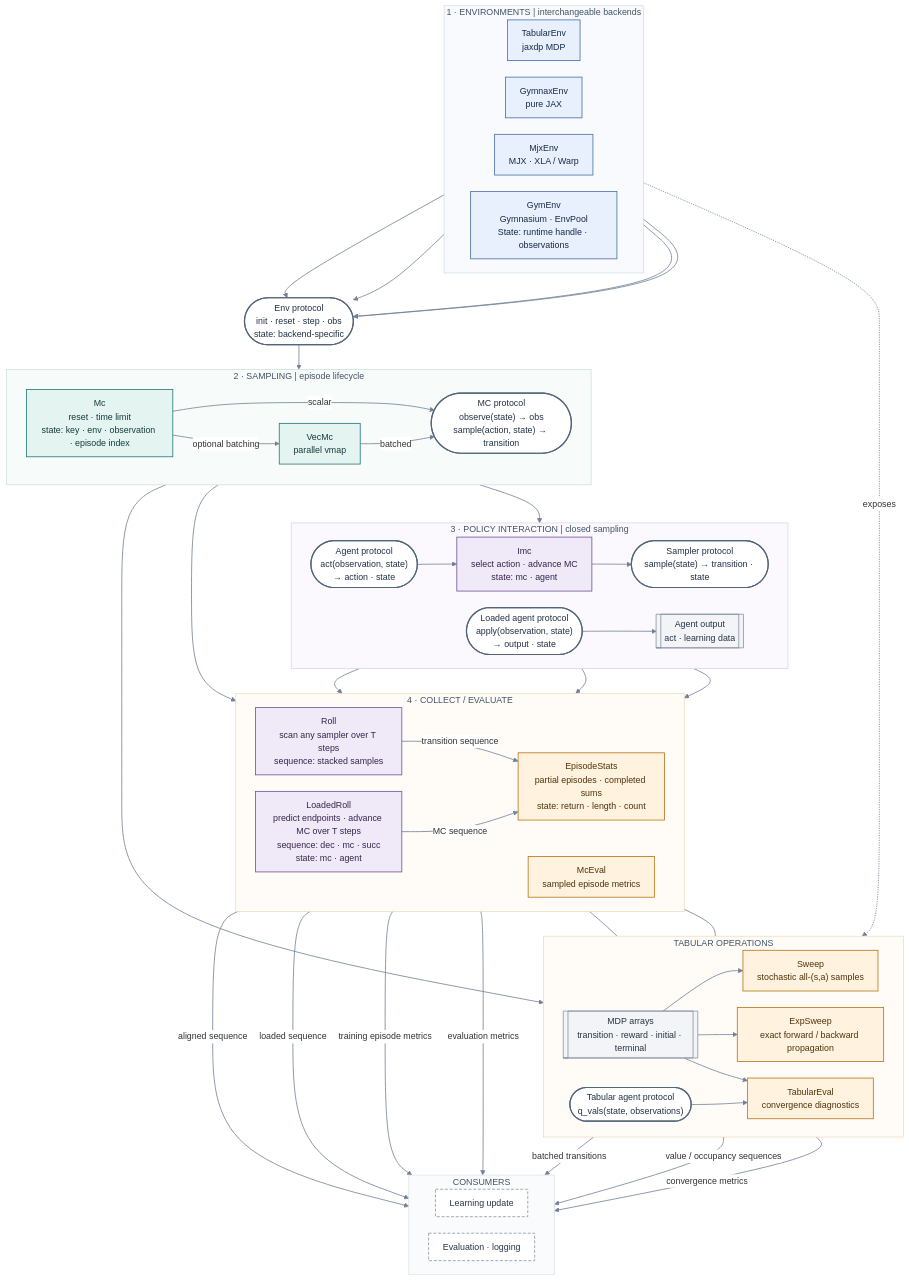
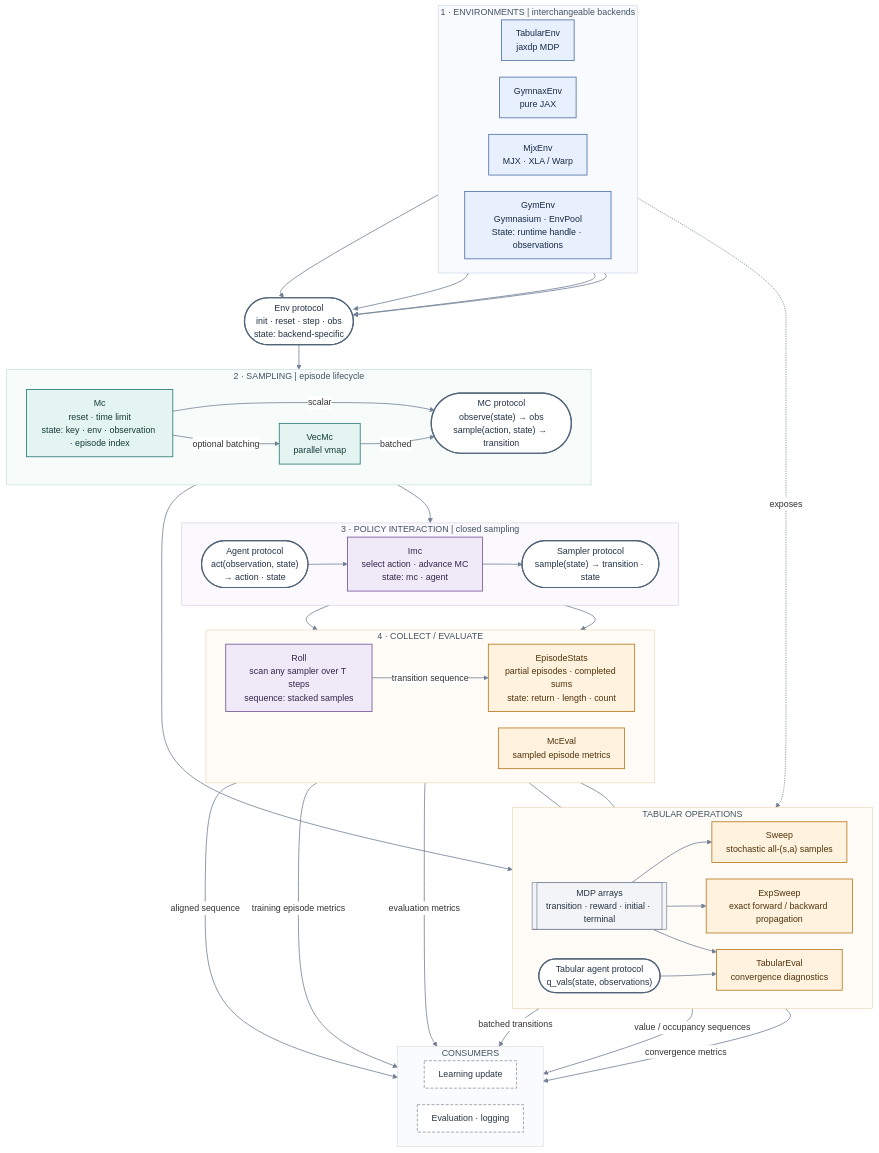
Before and after one commit to TolgaOk/jaxtor: the first of 3 diagrams in doc/components.md, drawn with Mermaid. The commit also changed other lines of this file and 2 other files, not shown here.

```diff
--- a/doc/components.md
+++ b/doc/components.md
@@ -38,28 +38,21 @@
         agent_api(["Agent protocol<br/>act(observation, state)<br/>→ action · state"])
         imc["Imc<br/>select action · advance MC<br/>state: mc · agent"]
         imc_api(["Sampler protocol<br/>sample(state) → transition · state"])
-        loaded_agent_api(["Loaded agent protocol<br/>apply(observation, state)<br/>→ output · state"])
-        output[["Agent output<br/>act · learning data"]]
         agent_api --> imc
         mc_api --> imc
         imc --> imc_api
-        loaded_agent_api --> output
     end
 
     subgraph collection["4 · COLLECT / EVALUATE"]
         direction LR
         roll["Roll<br/>scan any sampler over T steps<br/>sequence: stacked samples"]
-        loaded_roll["LoadedRoll<br/>predict endpoints · advance MC over T steps<br/>sequence: dec · mc · succ<br/>state: mc · agent"]
         ep_stats["EpisodeStats<br/>partial episodes · completed sums<br/>state: return · length · count"]
         mc_eval["McEval<br/>sampled episode metrics"]
     end
 
     imc_api --> roll
     imc_api --> mc_eval
-    output --> loaded_roll
-    mc_api --> loaded_roll
     roll -->|transition sequence| ep_stats
-    loaded_roll -->|MC sequence| ep_stats
 
     subgraph tabular_branch["TABULAR OPERATIONS"]
         direction LR
@@ -86,7 +79,6 @@
     end
 
     roll -->|aligned sequence| update
-    loaded_roll -->|loaded sequence| update
     sweep -->|batched transitions| update
     exp_sweep -->|value / occupancy sequences| update
     ep_stats -->|training episode metrics| report
@@ -102,11 +94,11 @@
     classDef consumer fill:#FFFFFF,stroke:#7C8798,color:#273444,stroke-width:1.2px,stroke-dasharray:5 3;
 
     class tabular,gymnax,mjx,gym adapter;
-    class env_api,mc_api,agent_api,loaded_agent_api,imc_api,value_api protocol;
+    class env_api,mc_api,agent_api,imc_api,value_api protocol;
     class mc,vecmc sampler;
-    class imc,roll,loaded_roll interactionNode;
+    class imc,roll interactionNode;
     class ep_stats,mc_eval,sweep,exp_sweep,tabular_eval analysis;
-    class output,mdp data;
+    class mdp data;
     class update,report consumer;
 
     style environments fill:#F8FAFD,stroke:#C8D5E6,stroke-width:1px,color:#425466
```
